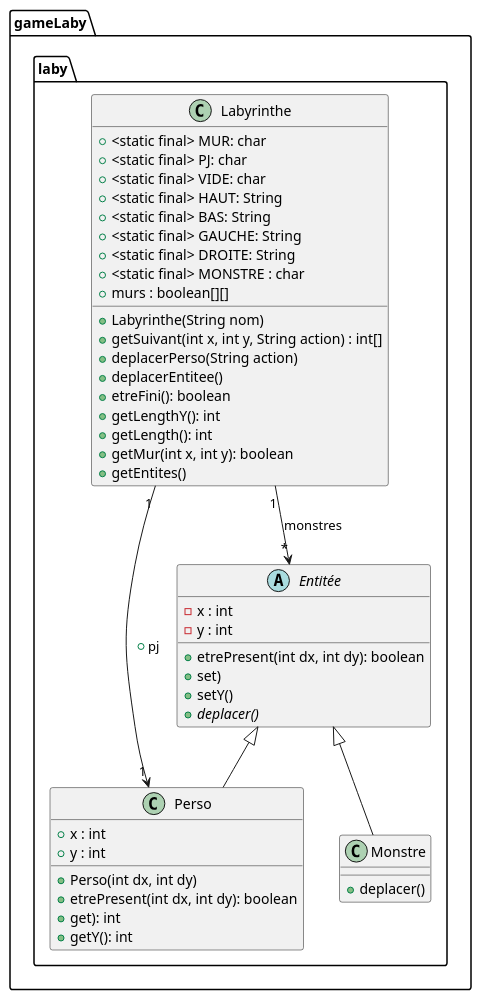
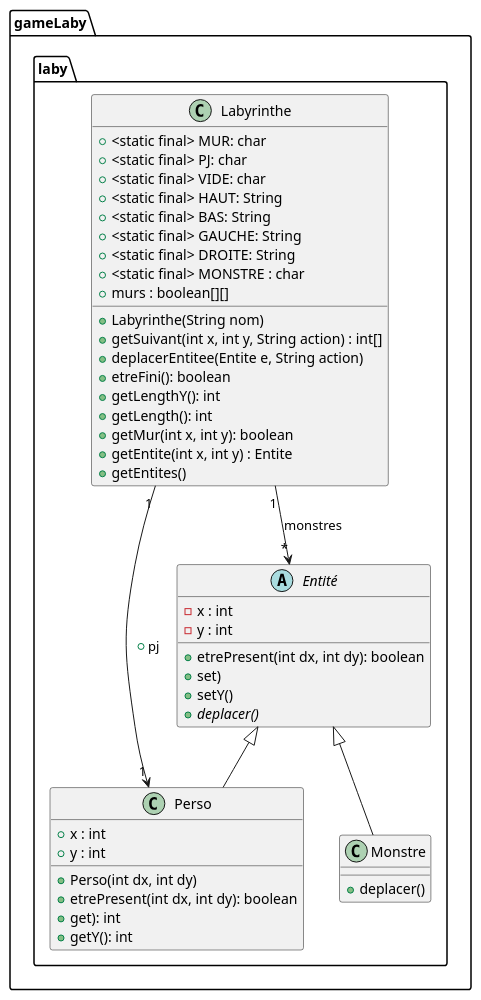
Before and after one commit to celie-ponroy/2023_S2.01_Zeldiablo_ponroy_roth_prykhodko_bortolotti: the diagram in zeldiablo/documents/version_2/diagclass_laby.puml, drawn with PlantUML.

Commit message:
modif diagramme classe

```diff
--- a/zeldiablo/documents/version_2/diagclass_laby.puml
+++ b/zeldiablo/documents/version_2/diagclass_laby.puml
@@ -1,48 +1,48 @@
 @startuml
 package gameLaby.laby{
 class Labyrinthe{
 + <static final> MUR: char
 + <static final> PJ: char
 + <static final> VIDE: char
 + <static final> HAUT: String
 + <static final> BAS: String
 + <static final> GAUCHE: String
 + <static final> DROITE: String
 + <static final> MONSTRE : char
 + murs : boolean[][]
 + Labyrinthe(String nom)
 + getSuivant(int x, int y, String action) : int[]
-+ deplacerPerso(String action)
-+ deplacerEntitee()
++ deplacerEntitee(Entite e, String action)
 + etreFini(): boolean
 + getLengthY(): int
 + getLength(): int
 + getMur(int x, int y): boolean
++ getEntite(int x, int y) : Entite
 + getEntites()
 
 }
 class Perso{
 + x : int
 + y : int
 +Perso(int dx, int dy)
 +etrePresent(int dx, int dy): boolean
 +get): int
 +getY(): int
 }
-Abstract class Entitée{
+Abstract class Entité{
 - x : int
 - y : int
 + etrePresent(int dx, int dy): boolean
 +set)
 +setY()
 +{abstract}deplacer()
 }
 class Monstre{
 +deplacer()
 }
 }
-Labyrinthe "1" --> "*" Entitée : monstres
+Labyrinthe "1" --> "*" Entité : monstres
 Labyrinthe "1" --> "1" Perso : + pj
-Entitée <|-- Monstre
-Entitée <|-- Perso
+Entité <|-- Monstre
+Entité <|-- Perso
 @enduml
```
